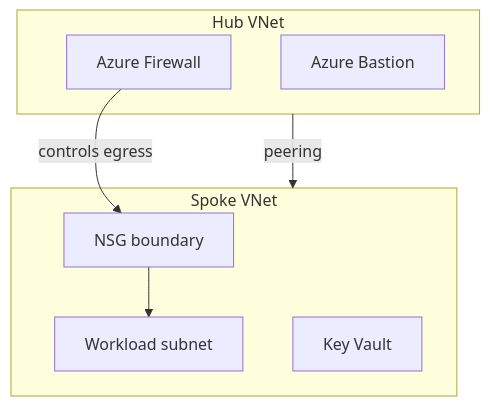
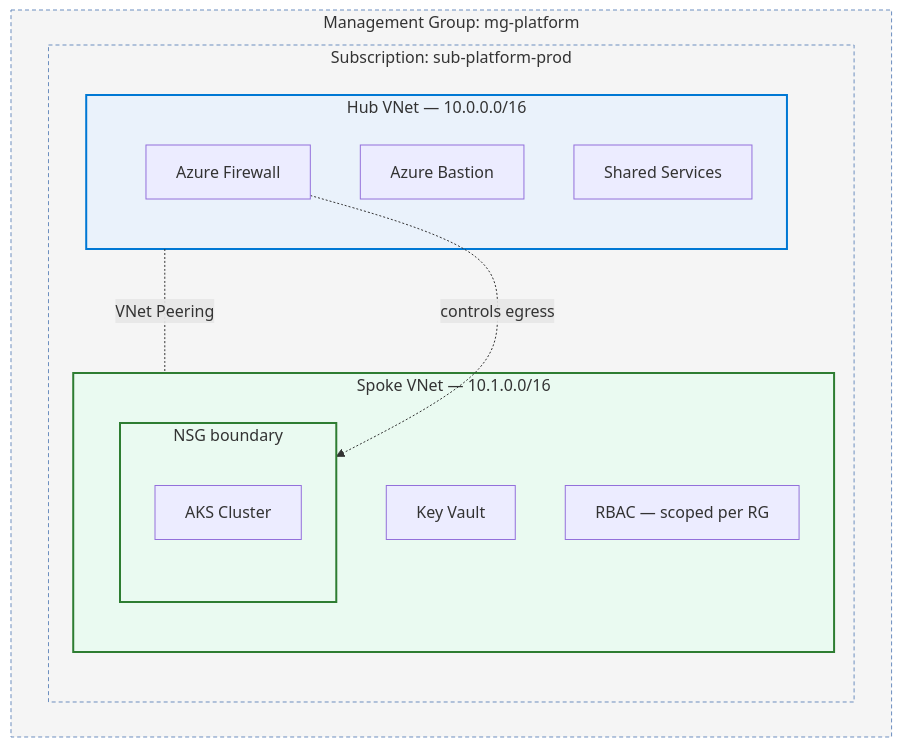
Before and after one commit to aniket-devop/aniket-devop: the first of 6 diagrams in README.md, drawn with Mermaid. The commit also changed other lines of this file, not shown here.

````diff
--- a/README.md
+++ b/README.md
@@ -81,15 +93,29 @@
 ```mermaid
 flowchart TB
-    subgraph HUB["Hub VNet"]
-        FW["Azure Firewall"]
-        BAS["Azure Bastion"]
+    subgraph MG["Management Group: mg-platform"]
+        subgraph SUB["Subscription: sub-platform-prod"]
+            subgraph HUB["Hub VNet — 10.0.0.0/16"]
+                FW["Azure Firewall"]
+                BASTION["Azure Bastion"]
+                SHARED["Shared Services"]
+            end
+            subgraph SPOKE["Spoke VNet — 10.1.0.0/16"]
+                subgraph NSGB["NSG boundary"]
+                    AKSC["AKS Cluster"]
+                end
+                KV["Key Vault"]
+                RBAC["RBAC — scoped per RG"]
+            end
+        end
     end
-    subgraph SPOKE["Spoke VNet"]
-        NSG["NSG boundary"]
-        WORKLOAD["Workload subnet"]
-        KV["Key Vault"]
-    end
-    HUB -- peering --> SPOKE
-    FW -- "controls egress" --> NSG
-    NSG --> WORKLOAD
+
+    HUB -.VNet Peering.- SPOKE
+    FW -."controls egress".-> NSGB
+
+    classDef hub fill:#eaf2fb,stroke:#0078D4,stroke-width:2px
+    classDef spoke fill:#eafaf1,stroke:#2e7d32,stroke-width:2px
+    classDef mg fill:#f5f5f5,stroke:#6c8ebf,stroke-width:1px,stroke-dasharray: 4 3
+    class HUB hub
+    class SPOKE,NSGB spoke
+    class MG,SUB mg
 ```
````
